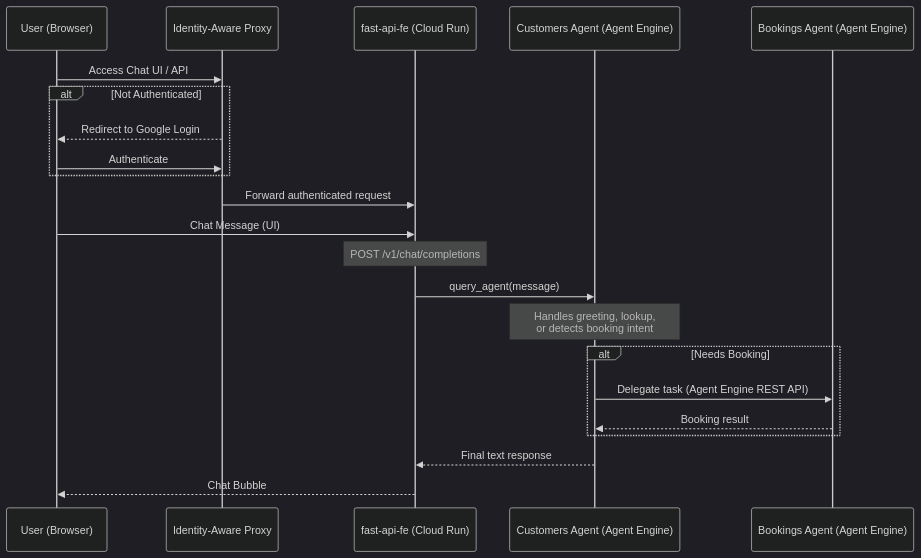
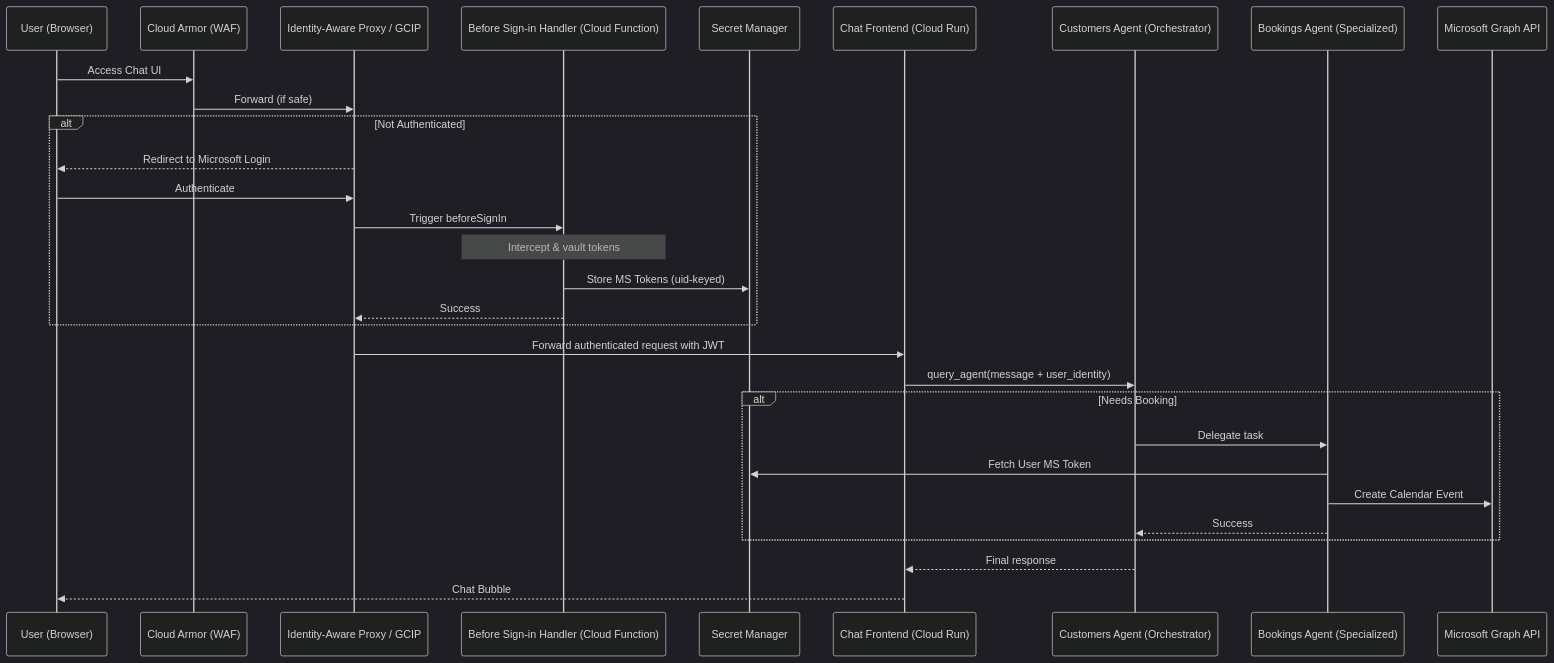
Before and after one commit to ypenn21/customer-booking-agent: the diagram in README.md, drawn with Mermaid (dark theme). The commit also changed other lines of this file and 1 other file, not shown here.

````diff
--- a/README.md
+++ b/README.md
@@ -8,28 +16,35 @@
 ```mermaid
 sequenceDiagram
     participant User as User (Browser)
-    participant IAP as Identity-Aware Proxy
-    participant FastAPI as fast-api-fe (Cloud Run)
-    participant CustomersAgent as Customers Agent (Agent Engine)
-    participant BookingsAgent as Bookings Agent (Agent Engine)
+    participant Armor as Cloud Armor (WAF)
+    participant IAP as Identity-Aware Proxy / GCIP
+    participant Blocking as Before Sign-in Handler (Cloud Function)
+    participant Secret as Secret Manager
+    participant FastAPI as Chat Frontend (Cloud Run)
+    participant Customers as Customers Agent (Orchestrator)
+    participant Bookings as Bookings Agent (Specialized)
+    participant Graph as Microsoft Graph API
 
-    User->>IAP: Access Chat UI / API
+    User->>Armor: Access Chat UI
+    Armor->>IAP: Forward (if safe)
     alt Not Authenticated
-        IAP-->>User: Redirect to Google Login
+        IAP-->>User: Redirect to Microsoft Login
         User->>IAP: Authenticate
+        IAP->>Blocking: Trigger beforeSignIn
+        Note over Blocking: Intercept & vault tokens
+        Blocking->>Secret: Store MS Tokens (uid-keyed)
+        Blocking-->>IAP: Success
     end
-    IAP->>FastAPI: Forward authenticated request
+    IAP->>FastAPI: Forward authenticated request with JWT
 
-    User->>FastAPI: Chat Message (UI)
-    Note over FastAPI: POST /v1/chat/completions
-    FastAPI->>CustomersAgent: query_agent(message)
-    Note over CustomersAgent: Handles greeting, lookup,<br/>or detects booking intent
-
+    FastAPI->>Customers: query_agent(message + user_identity)
     alt Needs Booking
-        CustomersAgent->>BookingsAgent: Delegate task (Agent Engine REST API)
-        BookingsAgent-->>CustomersAgent: Booking result
+        Customers->>Bookings: Delegate task
+        Bookings->>Secret: Fetch User MS Token
+        Bookings->>Graph: Create Calendar Event
+        Bookings-->>Customers: Success
     end
 
-    CustomersAgent-->>FastAPI: Final text response
+    Customers-->>FastAPI: Final response
     FastAPI-->>User: Chat Bubble
 ```
````
